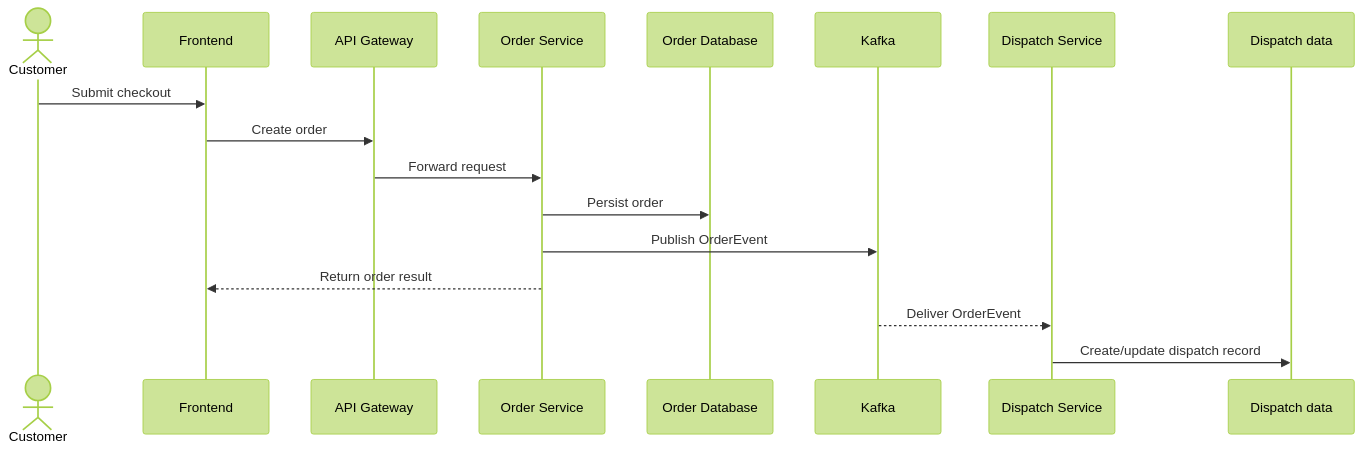
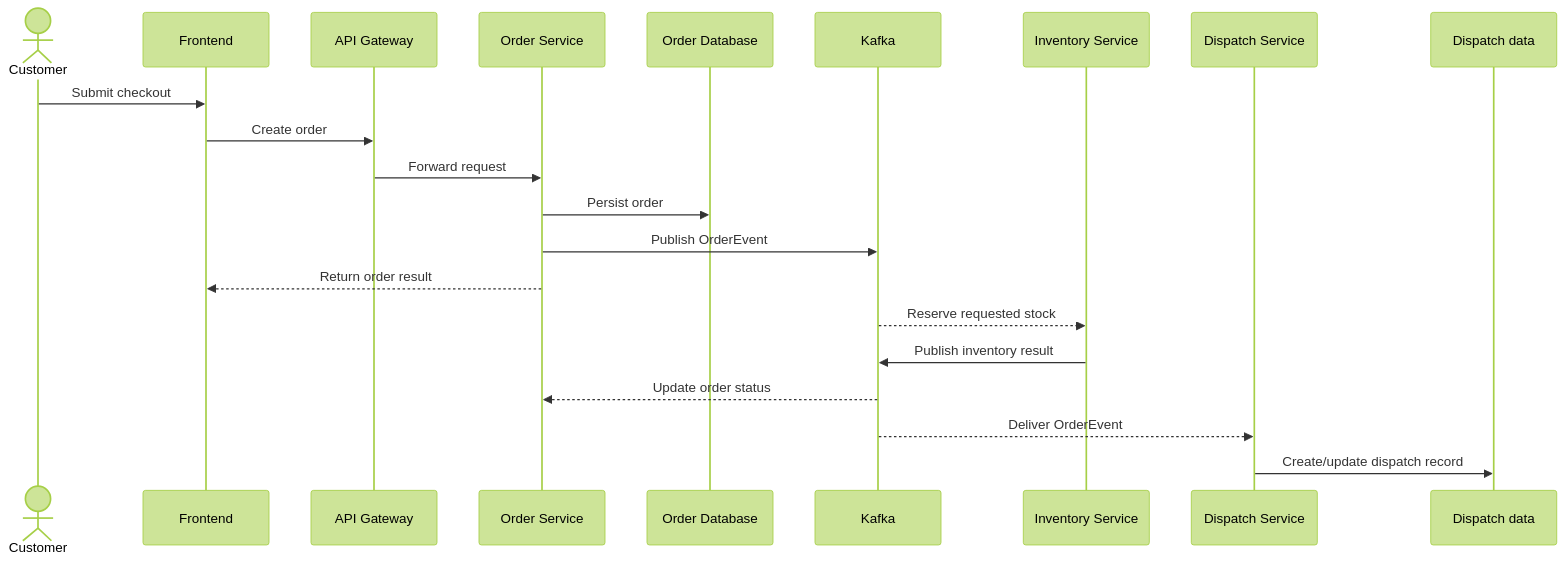
One commit to javamahendra/ecom-services changed the third of 5 diagrams in BACKEND_MICROSERVICES.md. Above: the diagram before and after it, drawn with Mermaid (forest theme). The commit also changed other lines of this file and 55 other files, not shown here.

````diff
--- a/BACKEND_MICROSERVICES.md
+++ b/BACKEND_MICROSERVICES.md
@@ -224,20 +220,24 @@
 ```mermaid
 sequenceDiagram
     actor Customer
     participant UI as Frontend
     participant GW as API Gateway
     participant Order as Order Service
     participant ODB as Order Database
     participant Bus as Kafka
+    participant Inventory as Inventory Service
     participant Dispatch as Dispatch Service
     participant DDB as Dispatch data
 
     Customer->>UI: Submit checkout
     UI->>GW: Create order
     GW->>Order: Forward request
     Order->>ODB: Persist order
     Order->>Bus: Publish OrderEvent
     Order-->>UI: Return order result
+    Bus-->>Inventory: Reserve requested stock
+    Inventory->>Bus: Publish inventory result
+    Bus-->>Order: Update order status
     Bus-->>Dispatch: Deliver OrderEvent
     Dispatch->>DDB: Create/update dispatch record
 ```
````
